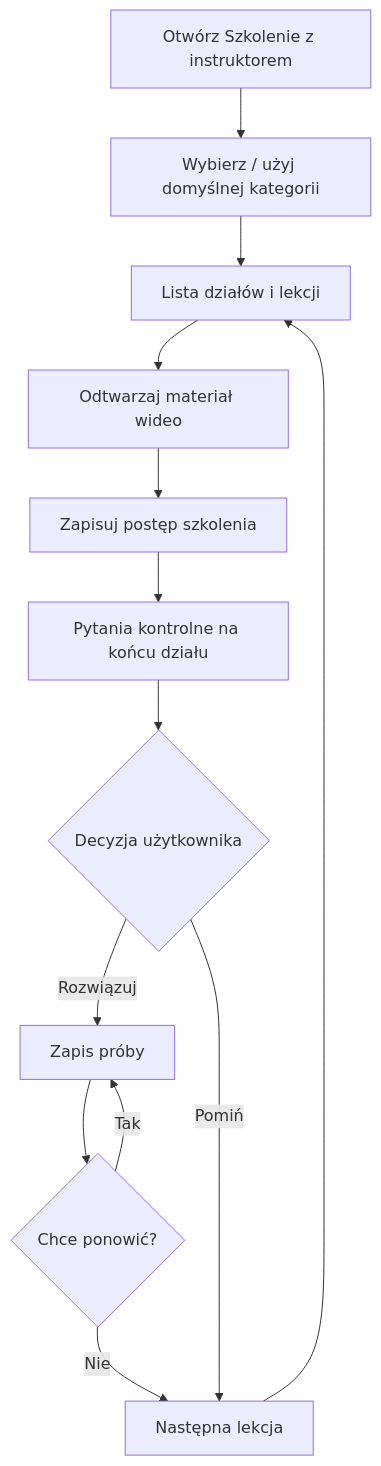
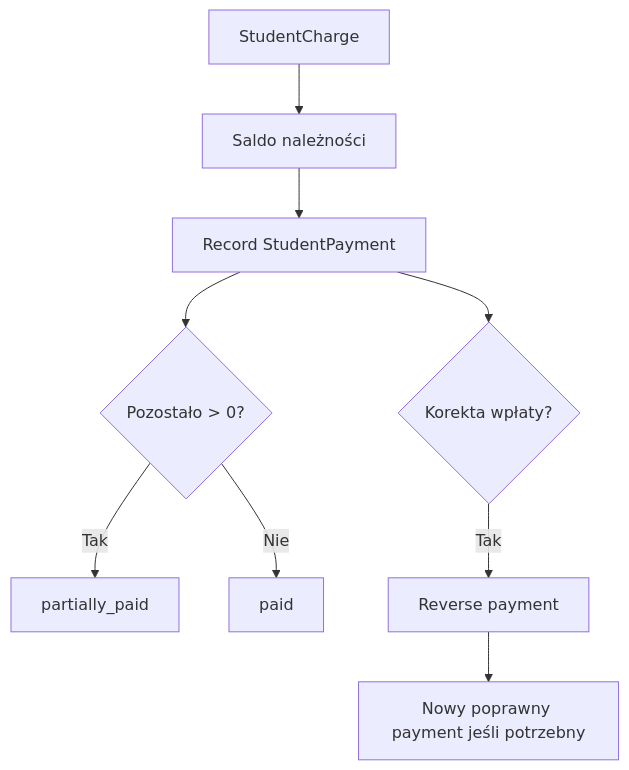
Before and after one commit to prawkonaraz100/osk-panel: the seventh of 9 diagrams in docs/03-user-flows.md, drawn with Mermaid. The commit also changed other lines of this file, not shown here.

Commit message:
docs: align user flows with consolidated core lifecycle

````diff
--- a/docs/03-user-flows.md
+++ b/docs/03-user-flows.md
@@ -119,15 +158,11 @@
 ```mermaid
 flowchart TD
-A[Otwórz Szkolenie z instruktorem] --> B[Wybierz / użyj domyślnej kategorii]
-B --> C[Lista działów i lekcji]
-C --> D[Odtwarzaj materiał wideo]
-D --> E[Zapisuj postęp szkolenia]
-E --> F[Pytania kontrolne na końcu działu]
-F --> G{Decyzja użytkownika}
-G -->|Rozwiązuj| H[Zapis próby]
-H --> I{Chce ponowić?}
-I -->|Tak| H
-I -->|Nie| J[Następna lekcja]
-G -->|Pomiń| J
-J --> C
+A[StudentCharge] --> B[Saldo należności]
+B --> C[Record StudentPayment]
+C --> D{Pozostało > 0?}
+D -->|Tak| E[partially_paid]
+D -->|Nie| F[paid]
+C --> G{Korekta wpłaty?}
+G -->|Tak| H[Reverse payment]
+H --> I[Nowy poprawny payment jeśli potrzebny]
 ```
````
